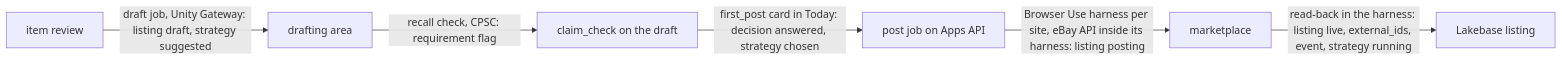
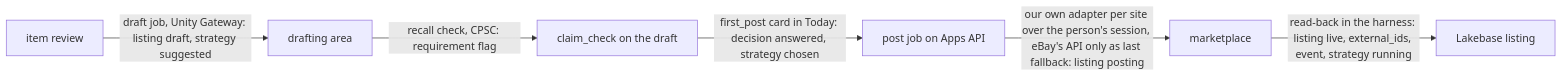
The diagram in spec/features/list.md (benverhaalen/secondhand), drawn with Mermaid before and after one commit. The commit also changed other lines of this file and 15 other files, not shown here.

Commit message:
docs(spec): our own protocol first across the feature specs and docs; Nate's answers on photos, retouch and 3D written in; new open questions

````diff
--- a/spec/features/list.md
+++ b/spec/features/list.md
@@ -80,8 +80,8 @@
 ```mermaid
 flowchart LR
   I["item review"] -->|"draft job, Unity Gateway: listing draft, strategy suggested"| D["drafting area"]
   D -->|"recall check, CPSC: requirement flag"| R["claim_check on the draft"]
   R -->|"first_post card in Today: decision answered, strategy chosen"| P["post job on Apps API"]
-  P -->|"Browser Use harness per site, eBay API inside its harness: listing posting"| S["marketplace"]
+  P -->|"our own adapter per site over the person's session, eBay's API only as last fallback: listing posting"| S["marketplace"]
   S -->|"read-back in the harness: listing live, external_ids, event, strategy running"| L["Lakebase listing"]
 ```
````
